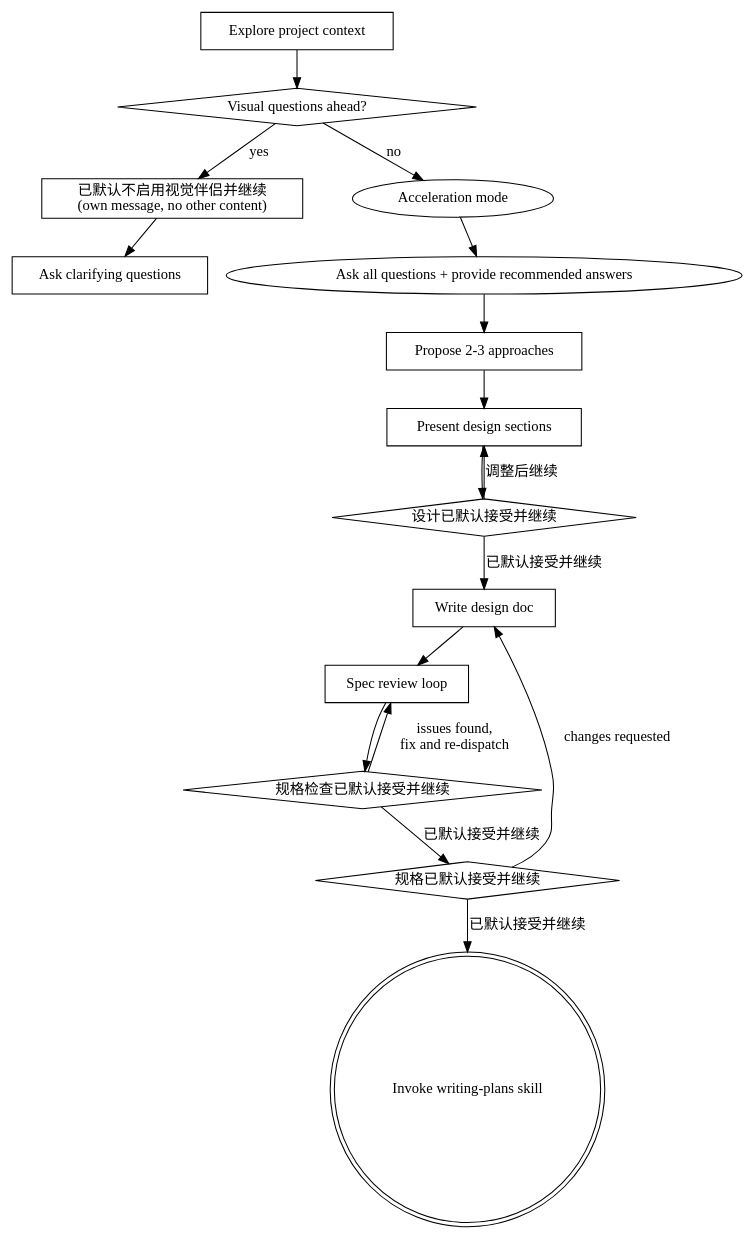
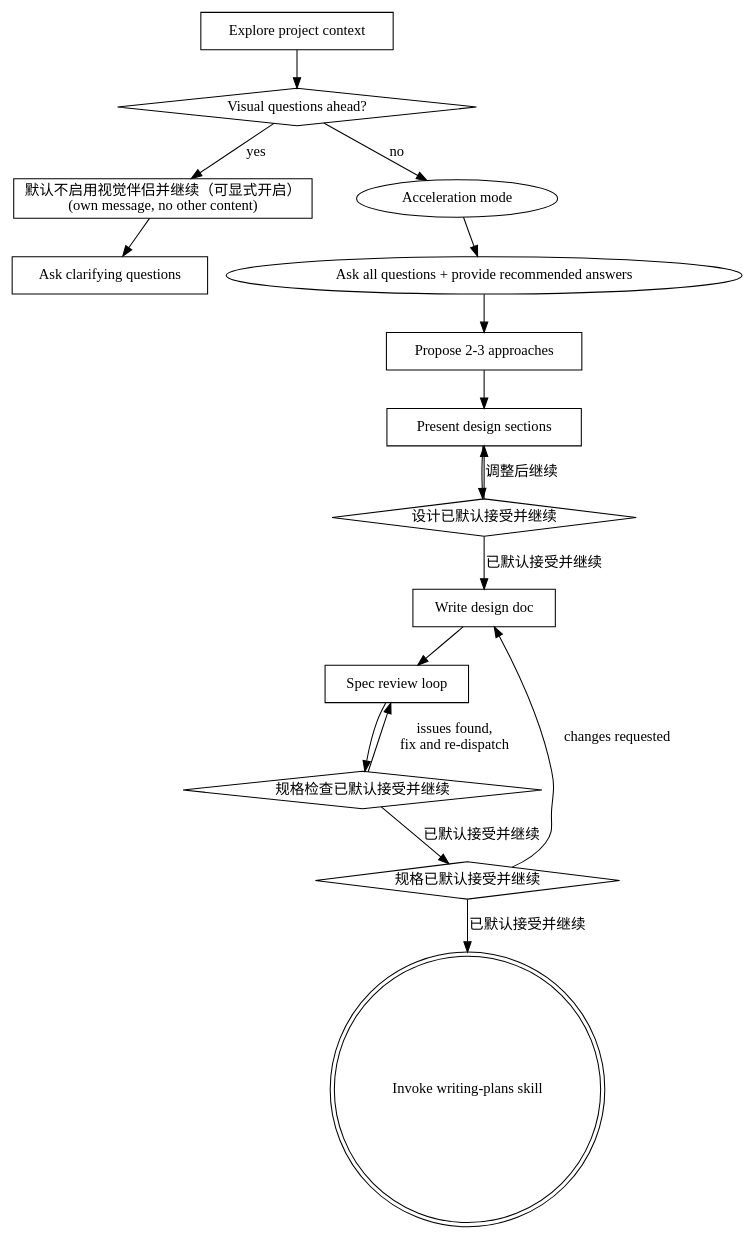
One commit to ShakaRover/superpowers changed the diagram in skills/brainstorming/SKILL.md. Above: the diagram before and after it, drawn with Graphviz. The commit also changed other lines of this file, not shown here.

````diff
--- a/skills/brainstorming/SKILL.md
+++ b/skills/brainstorming/SKILL.md
@@ -55,33 +55,33 @@
 ```dot
 digraph brainstorming {
     "Explore project context" [shape=box];
     "Visual questions ahead?" [shape=diamond];
-    "已默认不启用视觉伴侣并继续\n(own message, no other content)" [shape=box];
+    "默认不启用视觉伴侣并继续（可显式开启）\n(own message, no other content)" [shape=box];
     "Ask clarifying questions" [shape=box];
     "Propose 2-3 approaches" [shape=box];
     "Present design sections" [shape=box];
     "设计已默认接受并继续" [shape=diamond];
     "Write design doc" [shape=box];
     "Spec review loop" [shape=box];
     "规格检查已默认接受并继续" [shape=diamond];
     "规格已默认接受并继续" [shape=diamond];
     "Invoke writing-plans skill" [shape=doublecircle];
 
     "Explore project context" -> "Visual questions ahead?";
-    "Visual questions ahead?" -> "已默认不启用视觉伴侣并继续\n(own message, no other content)" [label="yes"];
+    "Visual questions ahead?" -> "默认不启用视觉伴侣并继续（可显式开启）\n(own message, no other content)" [label="yes"];
     "Visual questions ahead?" -> "Acceleration mode" [label="no"];
-    "已默认不启用视觉伴侣并继续\n(own message, no other content)" -> "Ask clarifying questions";
+    "默认不启用视觉伴侣并继续（可显式开启）\n(own message, no other content)" -> "Ask clarifying questions";
     "Acceleration mode" -> "Ask all questions + provide recommended answers";
     "Ask all questions + provide recommended answers" -> "Propose 2-3 approaches";
     "Propose 2-3 approaches" -> "Present design sections";
     "Present design sections" -> "设计已默认接受并继续";
     "设计已默认接受并继续" -> "Present design sections" [label="调整后继续"];
     "设计已默认接受并继续" -> "Write design doc" [label="已默认接受并继续"];
     "Write design doc" -> "Spec review loop";
     "Spec review loop" -> "规格检查已默认接受并继续";
     "规格检查已默认接受并继续" -> "Spec review loop" [label="issues found,\nfix and re-dispatch"];
     "规格检查已默认接受并继续" -> "规格已默认接受并继续" [label="已默认接受并继续"];
     "规格已默认接受并继续" -> "Write design doc" [label="changes requested"];
     "规格已默认接受并继续" -> "Invoke writing-plans skill" [label="已默认接受并继续"];
 }
 ```
````
